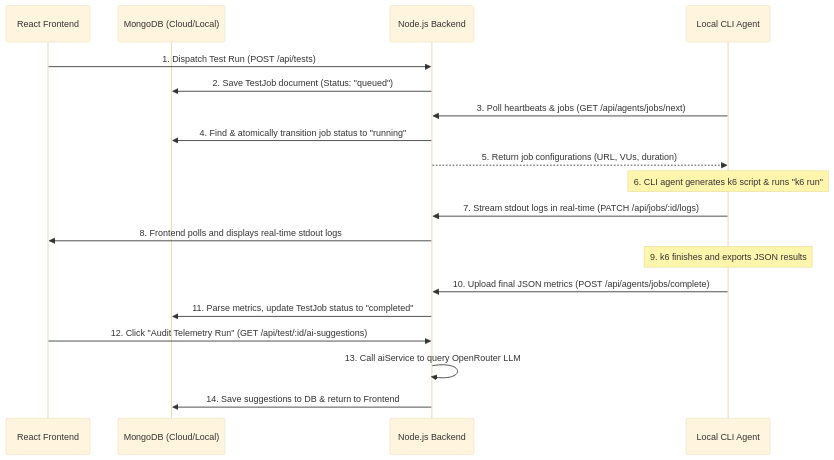
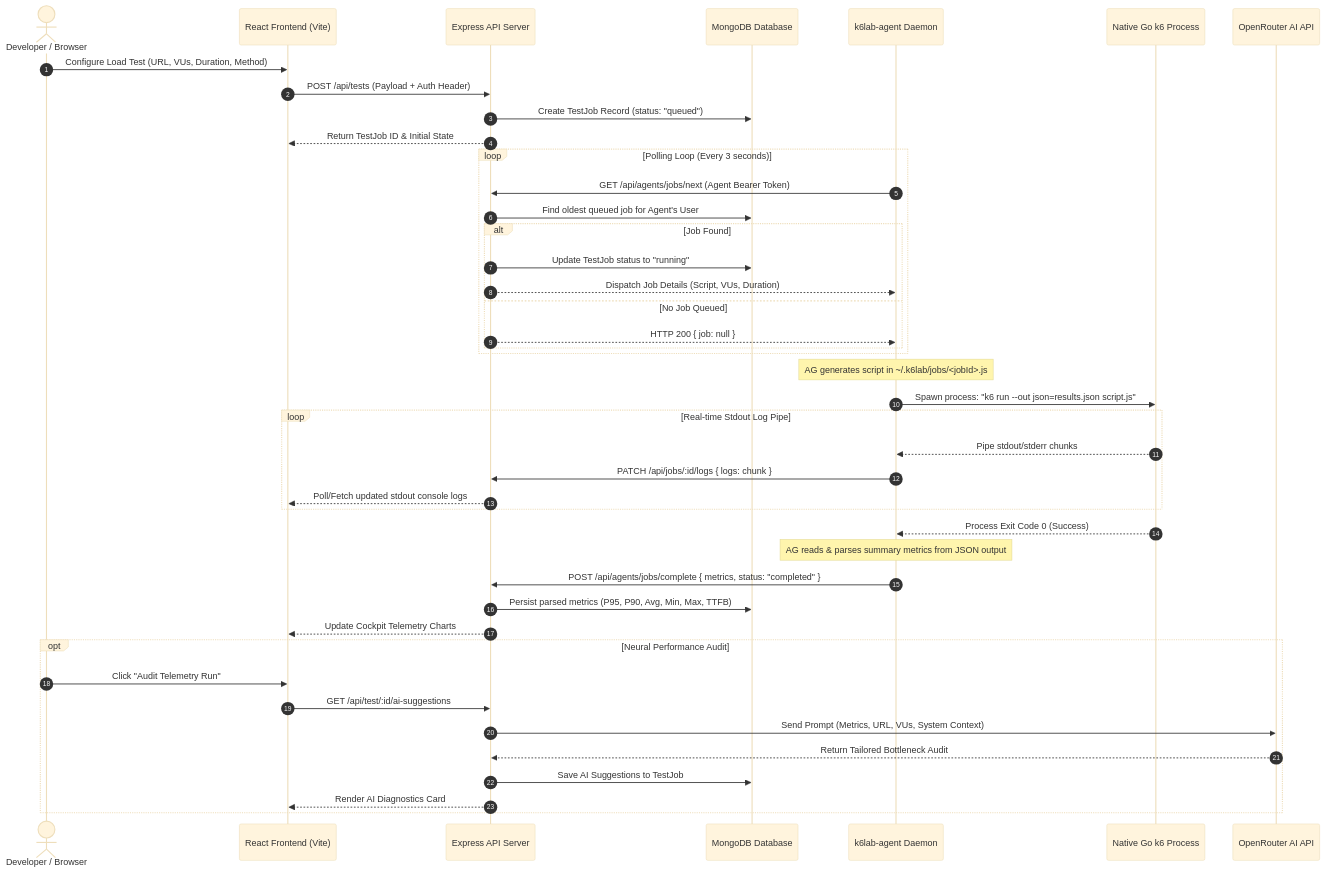
One commit to jayOnWeb/SAAS-project-k6Lab changed the diagram in ARCHITECTURE.md. Above: the diagram before and after it, drawn with Mermaid (base theme). The commit also changed other lines of this file and 3 other files, not shown here.

Commit message:
docs: remove websiteContent & logo.png, rewrite ARCHITECTURE.md and README.md with comprehensive project documentation

````diff
--- a/ARCHITECTURE.md
+++ b/ARCHITECTURE.md
@@ -48,22 +102,51 @@
 ```mermaid
 sequenceDiagram
-    participant UI as React Frontend
-    participant DB as MongoDB (Cloud/Local)
-    participant BE as Node.js Backend
-    participant AG as Local CLI Agent
+    autonumber
+    actor Dev as Developer / Browser
+    participant FE as React Frontend (Vite)
+    participant BE as Express API Server
+    participant DB as MongoDB Database
+    participant AG as k6lab-agent Daemon
+    participant K6 as Native Go k6 Process
+    participant AI as OpenRouter AI API
 
-    UI->>BE: 1. Dispatch Test Run (POST /api/tests)
-    BE->>DB: 2. Save TestJob document (Status: "queued")
-    AG->>BE: 3. Poll heartbeats & jobs (GET /api/agents/jobs/next)
-    BE->>DB: 4. Find & atomically transition job status to "running"
-    BE-->>AG: 5. Return job configurations (URL, VUs, duration)
-    Note over AG: 6. CLI agent generates k6 script & runs "k6 run"
-    AG->>BE: 7. Stream stdout logs in real-time (PATCH /api/jobs/:id/logs)
-    BE->>UI: 8. Frontend polls and displays real-time stdout logs
-    Note over AG: 9. k6 finishes and exports JSON results
-    AG->>BE: 10. Upload final JSON metrics (POST /api/agents/jobs/complete)
-    BE->>DB: 11. Parse metrics, update TestJob status to "completed"
-    UI->>BE: 12. Click "Audit Telemetry Run" (GET /api/test/:id/ai-suggestions)
-    BE->>BE: 13. Call aiService to query OpenRouter LLM
-    BE->>DB: 14. Save suggestions to DB & return to Frontend
+    Dev->>FE: Configure Load Test (URL, VUs, Duration, Method)
+    FE->>BE: POST /api/tests (Payload + Auth Header)
+    BE->>DB: Create TestJob Record (status: "queued")
+    BE-->>FE: Return TestJob ID & Initial State
+
+    loop Polling Loop (Every 3 seconds)
+        AG->>BE: GET /api/agents/jobs/next (Agent Bearer Token)
+        BE->>DB: Find oldest queued job for Agent's User
+        alt Job Found
+            BE->>DB: Update TestJob status to "running"
+            BE-->>AG: Dispatch Job Details (Script, VUs, Duration)
+        else No Job Queued
+            BE-->>AG: HTTP 200 { job: null }
+        end
+    end
+
+    Note over AG: AG generates script in ~/.k6lab/jobs/<jobId>.js
+    AG->>K6: Spawn process: "k6 run --out json=results.json script.js"
+    
+    loop Real-time Stdout Log Pipe
+        K6-->>AG: Pipe stdout/stderr chunks
+        AG->>BE: PATCH /api/jobs/:id/logs { logs: chunk }
+        BE-->>FE: Poll/Fetch updated stdout console logs
+    end
+
+    K6-->>AG: Process Exit Code 0 (Success)
+    Note over AG: AG reads & parses summary metrics from JSON output
+    AG->>BE: POST /api/agents/jobs/complete { metrics, status: "completed" }
+    BE->>DB: Persist parsed metrics (P95, P90, Avg, Min, Max, TTFB)
+    BE-->>FE: Update Cockpit Telemetry Charts
+
+    opt Neural Performance Audit
+        Dev->>FE: Click "Audit Telemetry Run"
+        FE->>BE: GET /api/test/:id/ai-suggestions
+        BE->>AI: Send Prompt (Metrics, URL, VUs, System Context)
+        AI-->>BE: Return Tailored Bottleneck Audit
+        BE->>DB: Save AI Suggestions to TestJob
+        BE-->>FE: Render AI Diagnostics Card
+    end
 ```
````
